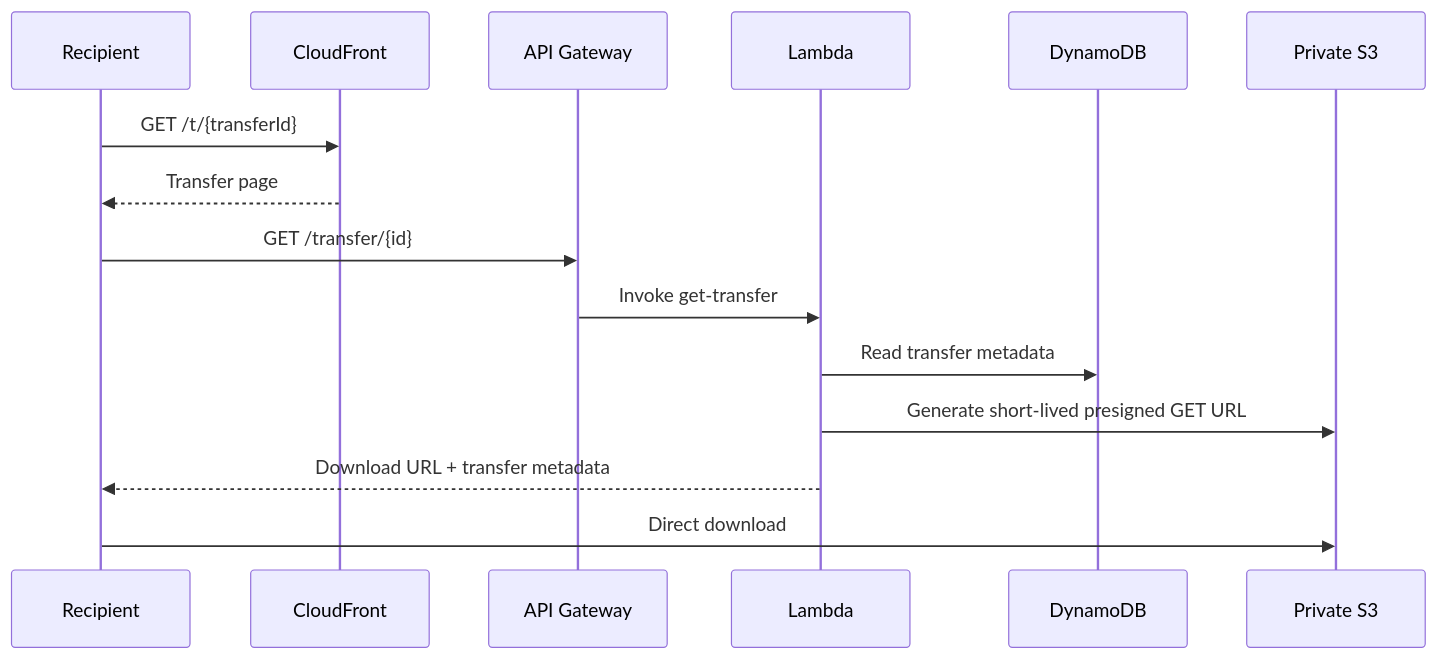
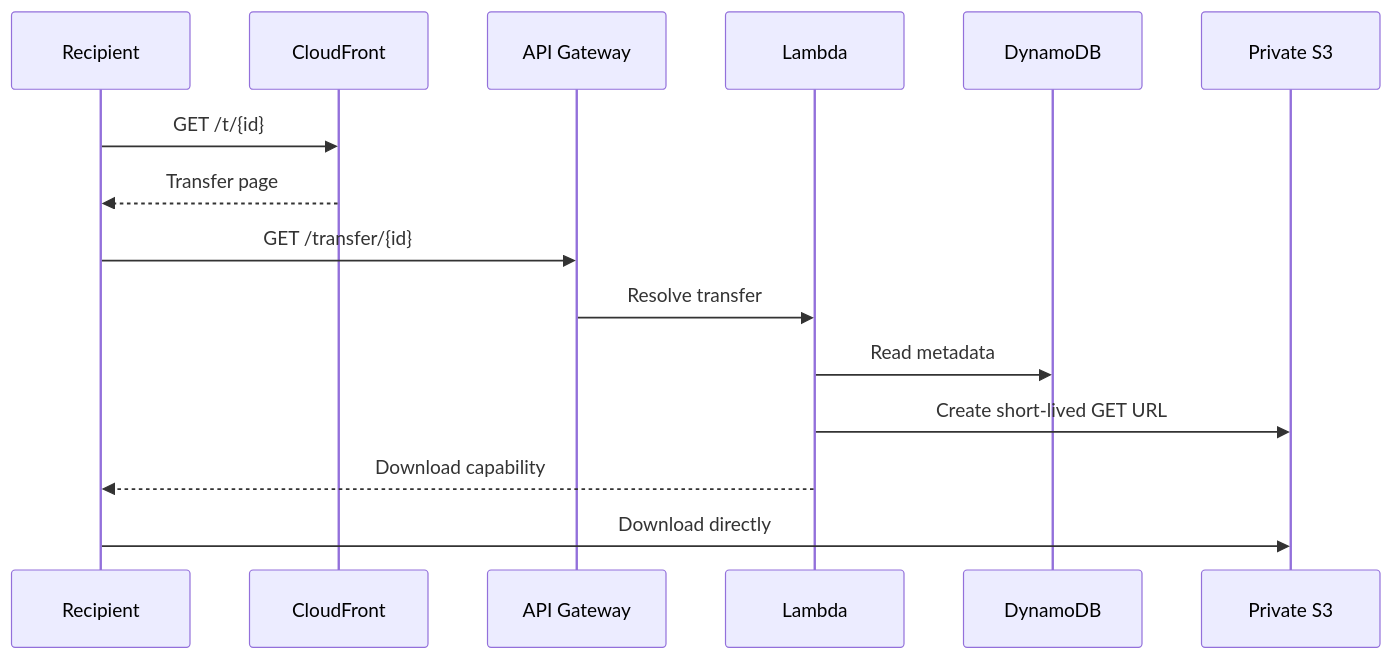
One commit to Ibad84671/cloud-drop changed the third of 3 diagrams in README.md. Above: the diagram before and after it, drawn with Mermaid. The commit also changed other lines of this file, not shown here.

````diff
--- a/README.md
+++ b/README.md
@@ -148,18 +144,18 @@
 ```mermaid
 sequenceDiagram
     participant R as Recipient
     participant CF as CloudFront
     participant A as API Gateway
     participant L as Lambda
     participant D as DynamoDB
     participant S as Private S3
 
-    R->>CF: GET /t/{transferId}
+    R->>CF: GET /t/{id}
     CF-->>R: Transfer page
     R->>A: GET /transfer/{id}
-    A->>L: Invoke get-transfer
-    L->>D: Read transfer metadata
-    L->>S: Generate short-lived presigned GET URL
-    L-->>R: Download URL + transfer metadata
-    R->>S: Direct download
+    A->>L: Resolve transfer
+    L->>D: Read metadata
+    L->>S: Create short-lived GET URL
+    L-->>R: Download capability
+    R->>S: Download directly
 ```
````
